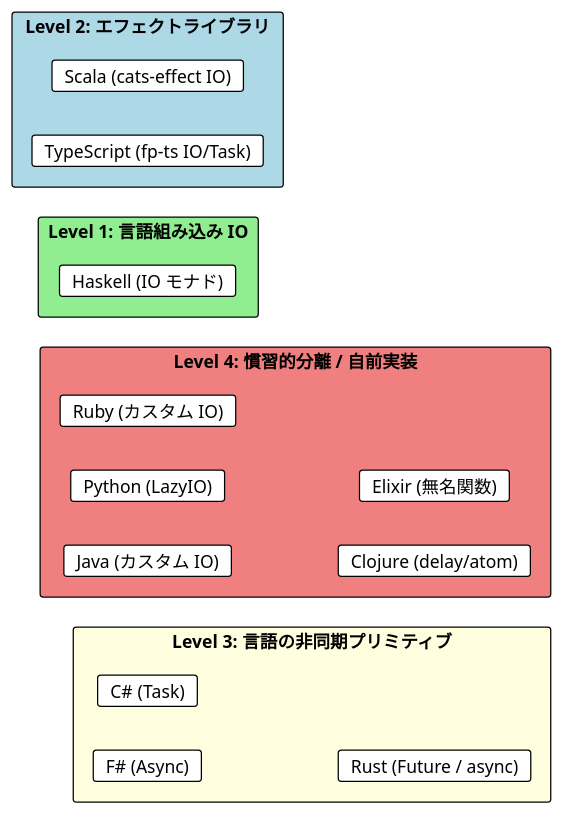
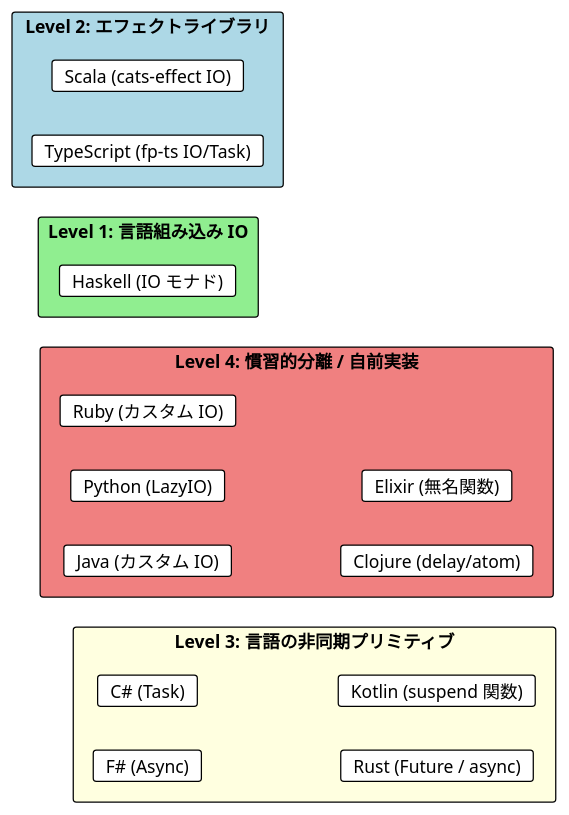
The second of 6 diagrams in docs/article/all/part-4-ch08-io-monad.md (k2works/grokkingfp-excersice), drawn with PlantUML before and after one commit. The commit also changed other lines of this file and 12 other files, not shown here.

````diff
--- a/docs/article/all/part-4-ch08-io-monad.md
+++ b/docs/article/all/part-4-ch08-io-monad.md
@@ -726,30 +766,31 @@
 ```plantuml
 @startuml
 !theme plain
 left to right direction
 
 rectangle "Level 1: 言語組み込み IO" #LightGreen {
   card "Haskell (IO モナド)" as h
 }
 
 rectangle "Level 2: エフェクトライブラリ" #LightBlue {
   card "Scala (cats-effect IO)" as sc
   card "TypeScript (fp-ts IO/Task)" as ts
 }
 
 rectangle "Level 3: 言語の非同期プリミティブ" #LightYellow {
   card "F# (Async)" as fs
   card "C# (Task)" as cs
   card "Rust (Future / async)" as rs
+  card "Kotlin (suspend 関数)" as kt
 }
 
 rectangle "Level 4: 慣習的分離 / 自前実装" #LightCoral {
   card "Java (カスタム IO)" as jv
   card "Python (LazyIO)" as py
   card "Ruby (カスタム IO)" as rb
   card "Clojure (delay/atom)" as clj
   card "Elixir (無名関数)" as ex
 }
 
 @enduml
 ```
````
